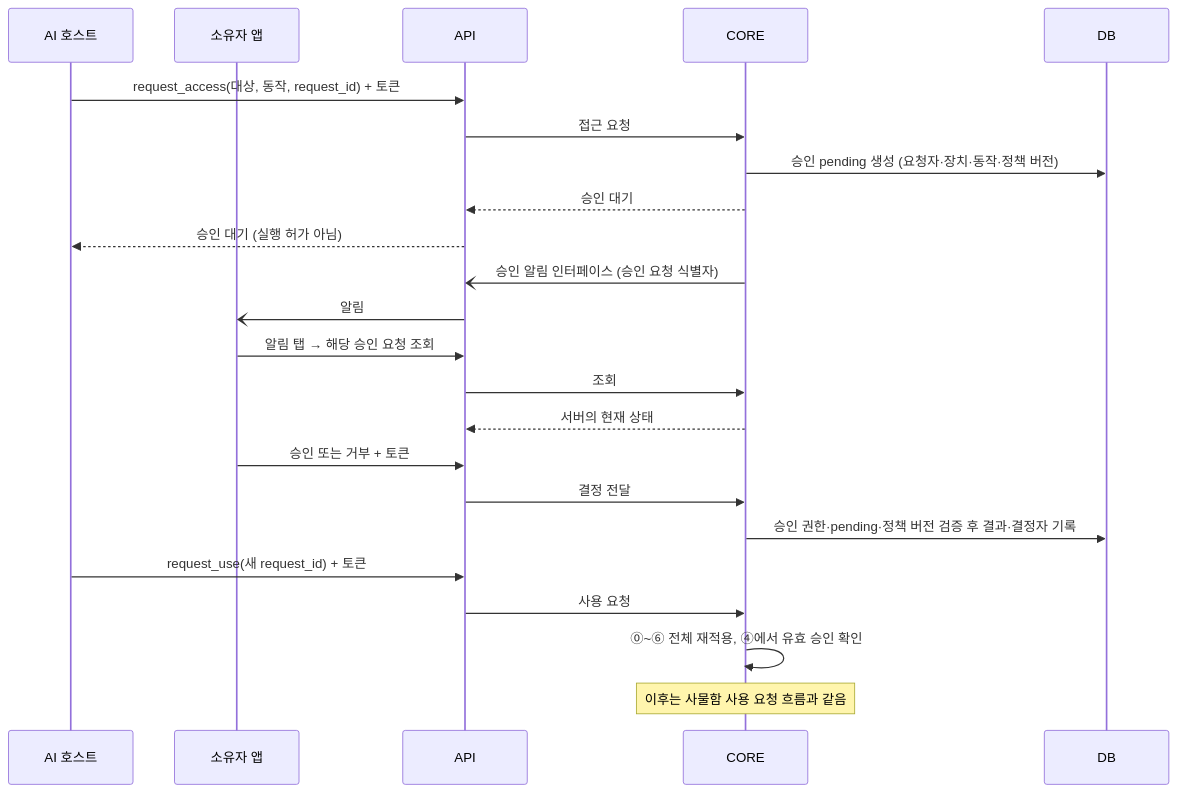
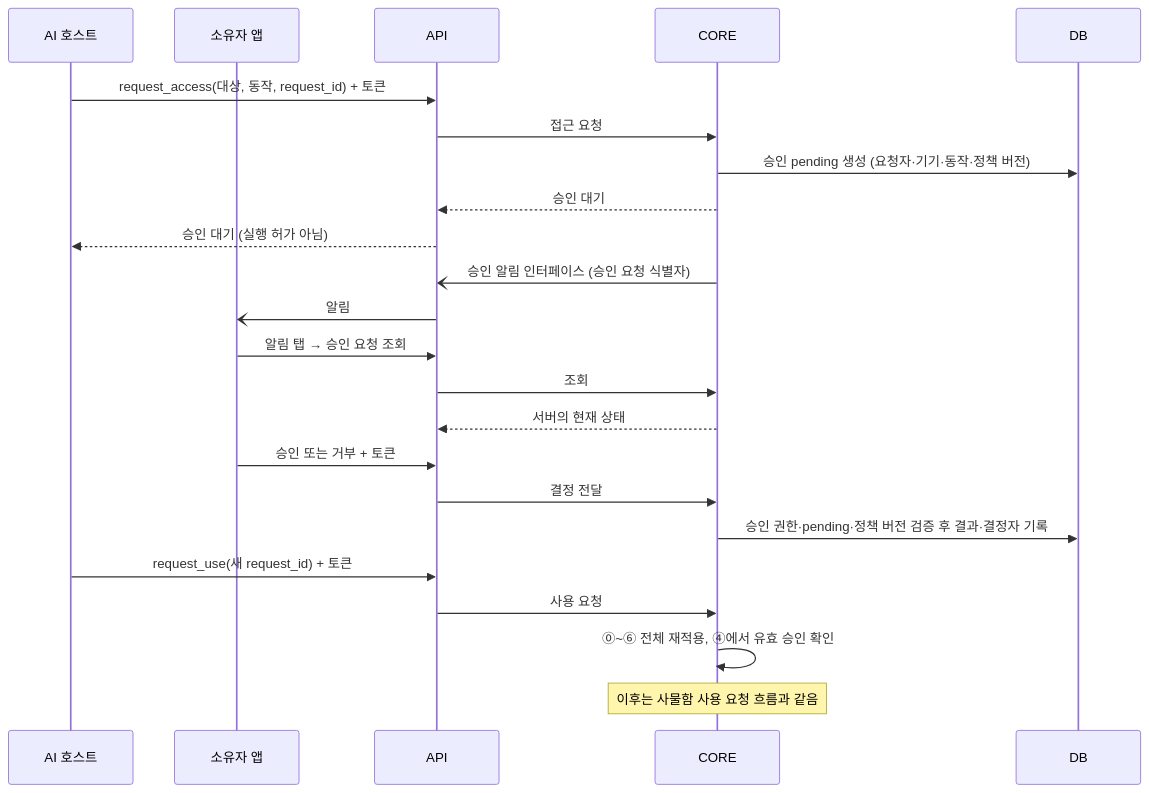
One commit to capstone-itda/nearpilot-server changed the third of 3 diagrams in docs/architecture.md. Above: the diagram before and after it, drawn with Mermaid. The commit also changed other lines of this file and 21 other files, not shown here.

````diff
--- a/docs/architecture.md
+++ b/docs/architecture.md
@@ -167,26 +260,26 @@
 ```mermaid
 sequenceDiagram
     participant H as AI 호스트
     participant O as 소유자 앱
     participant A as API
     participant C as CORE
     participant D as DB
 
     H->>A: request_access(대상, 동작, request_id) + 토큰
     A->>C: 접근 요청
-    C->>D: 승인 pending 생성 (요청자·장치·동작·정책 버전)
+    C->>D: 승인 pending 생성 (요청자·기기·동작·정책 버전)
     C-->>A: 승인 대기
     A-->>H: 승인 대기 (실행 허가 아님)
     C-)A: 승인 알림 인터페이스 (승인 요청 식별자)
     A-)O: 알림
-    O->>A: 알림 탭 → 해당 승인 요청 조회
+    O->>A: 알림 탭 → 승인 요청 조회
     A->>C: 조회
     C-->>A: 서버의 현재 상태
     O->>A: 승인 또는 거부 + 토큰
     A->>C: 결정 전달
     C->>D: 승인 권한·pending·정책 버전 검증 후 결과·결정자 기록
     H->>A: request_use(새 request_id) + 토큰
     A->>C: 사용 요청
     C->>C: ⓪~⑥ 전체 재적용, ④에서 유효 승인 확인
     Note over C: 이후는 사물함 사용 요청 흐름과 같음
 ```
````
